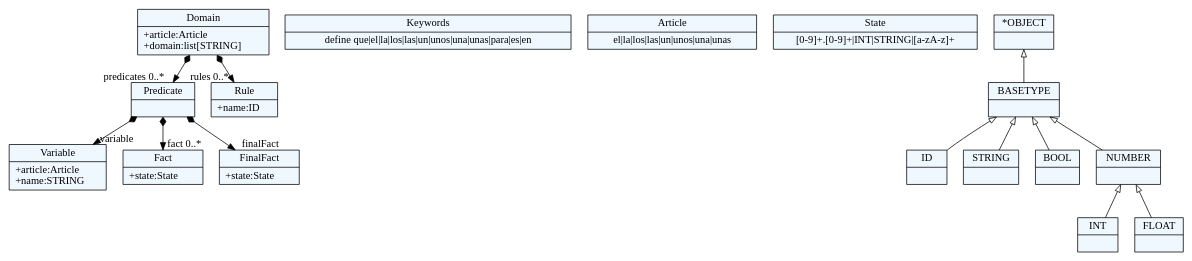
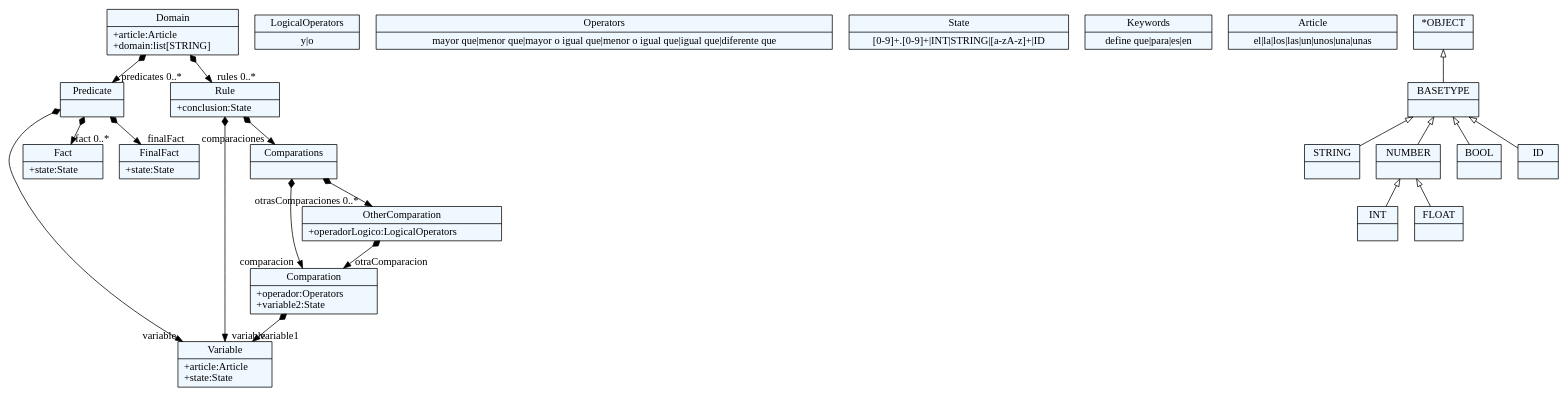
Before and after one commit to CarlosGutierrezArdila/DSL4UDRules: the diagram in gramatica.tx.dot, drawn with Graphviz. The commit also changed 3 other files, not shown here.

```diff
--- a/gramatica.tx.dot
+++ b/gramatica.tx.dot
@@ -1,61 +1,77 @@
 
     digraph xtext {
     fontname = "Bitstream Vera Sans"
     fontsize = 8
     node[
         shape=record,
         style=filled,
         fillcolor=aliceblue
     ]
     nodesep = 0.3
     edge[dir=black,arrowtail=empty]
 
 
-94788924833448 -> 94788925039864[arrowtail=diamond, dir=both, headlabel="predicates 0..*"]
-94788924833448 -> 94788925070216[arrowtail=diamond, dir=both, headlabel="rules 0..*"]
-94788924833448[ label="{Domain|+article:Article\l+domain:list[STRING]\l}"]
+94723862270304 -> 94723862489936[arrowtail=diamond, dir=both, headlabel="predicates 0..*"]
+94723862270304 -> 94723862582000[arrowtail=diamond, dir=both, headlabel="rules 0..*"]
+94723862270304[ label="{Domain|+article:Article\l+domain:list[STRING]\l}"]
 
-94788924816840[ label="{Keywords|define que\|el\|la\|los\|las\|un\|unos\|una\|unas\|para\|es\|en}"]
+94723862542368 -> 94723862282912[arrowtail=diamond, dir=both, headlabel="variable1 "]
+94723862542368[ label="{Comparation|+operador:Operators\l+variable2:State\l}"]
 
-94788925029976[ label="{Article|el\|la\|los\|las\|un\|unos\|una\|unas}"]
+94723862554416[ label="{LogicalOperators|y\|o}"]
 
-94788925034920[ label="{Variable|+article:Article\l+name:STRING\l}"]
+94723862530816[ label="{Operators|mayor que\|menor que\|mayor o igual que\|menor o igual que\|igual que\|diferente que}"]
 
-94788925039864 -> 94788925034920[arrowtail=diamond, dir=both, headlabel="variable "]
-94788925039864 -> 94788925044808[arrowtail=diamond, dir=both, headlabel="fact 0..*"]
-94788925039864 -> 94788922837000[arrowtail=diamond, dir=both, headlabel="finalFact "]
-94788925039864[ label="{Predicate|}"]
+94723862572240 -> 94723862542368[arrowtail=diamond, dir=both, headlabel="comparacion "]
+94723862572240 -> 94723862562544[arrowtail=diamond, dir=both, headlabel="otrasComparaciones 0..*"]
+94723862572240[ label="{Comparations|}"]
 
-94788925044808[ label="{Fact|+state:State\l}"]
+94723862489936 -> 94723862282912[arrowtail=diamond, dir=both, headlabel="variable "]
+94723862489936 -> 94723862501200[arrowtail=diamond, dir=both, headlabel="fact 0..*"]
+94723862489936 -> 94723862512464[arrowtail=diamond, dir=both, headlabel="finalFact "]
+94723862489936[ label="{Predicate|}"]
 
-94788922837000[ label="{FinalFact|+state:State\l}"]
+94723862582000 -> 94723862572240[arrowtail=diamond, dir=both, headlabel="comparaciones "]
+94723862582000 -> 94723862282912[arrowtail=diamond, dir=both, headlabel="variable "]
+94723862582000[ label="{Rule|+conclusion:State\l}"]
 
-94788922841944[ label="{State|[0-9]+.[0-9]+\|INT\|STRING\|[a-zA-z]+}"]
+94723862282912[ label="{Variable|+article:Article\l+state:State\l}"]
 
-94788925070216[ label="{Rule|+name:ID\l}"]
+94723862521376[ label="{State|[0-9]+.[0-9]+\|INT\|STRING\|[a-zA-z]+\|ID}"]
 
-94788924796440[ label="{ID|}"]
+94723862462160[ label="{Keywords|define que\|para\|es\|en}"]
 
-94788924818840[ label="{STRING|}"]
+94723862472080[ label="{Article|el\|la\|los\|las\|un\|unos\|una\|unas}"]
 
-94788924824376[ label="{BOOL|}"]
+94723862512464[ label="{FinalFact|+state:State\l}"]
 
-94788924829912[ label="{INT|}"]
+94723862562544 -> 94723862542368[arrowtail=diamond, dir=both, headlabel="otraComparacion "]
+94723862562544[ label="{OtherComparation|+operadorLogico:LogicalOperators\l}"]
 
-94788924835448[ label="{FLOAT|}"]
+94723862501200[ label="{Fact|+state:State\l}"]
 
-94788924840984[ label="{NUMBER|}"]
-94788924840984 -> 94788924835448 [dir=back]
-94788924840984 -> 94788924829912 [dir=back]
+94723862289920[ label="{*OBJECT|}"]
+94723862289920 -> 94723862284928 [dir=back]
 
-94788924846520[ label="{BASETYPE|}"]
-94788924846520 -> 94788924840984 [dir=back]
-94788924846520 -> 94788924824376 [dir=back]
-94788924846520 -> 94788924796440 [dir=back]
-94788924846520 -> 94788924818840 [dir=back]
+94723861913680[ label="{STRING|}"]
 
-94788924852648[ label="{*OBJECT|}"]
-94788924852648 -> 94788924846520 [dir=back]
+94723862284928[ label="{BASETYPE|}"]
+94723862284928 -> 94723862279936 [dir=back]
+94723862284928 -> 94723862271360 [dir=back]
+94723862284928 -> 94723862239104 [dir=back]
+94723862284928 -> 94723861913680 [dir=back]
+
+94723862277136[ label="{INT|}"]
+
+94723861911664[ label="{FLOAT|}"]
+
+94723862279936[ label="{NUMBER|}"]
+94723862279936 -> 94723861911664 [dir=back]
+94723862279936 -> 94723862277136 [dir=back]
+
+94723862271360[ label="{BOOL|}"]
+
+94723862239104[ label="{ID|}"]
 
 
 }
```
